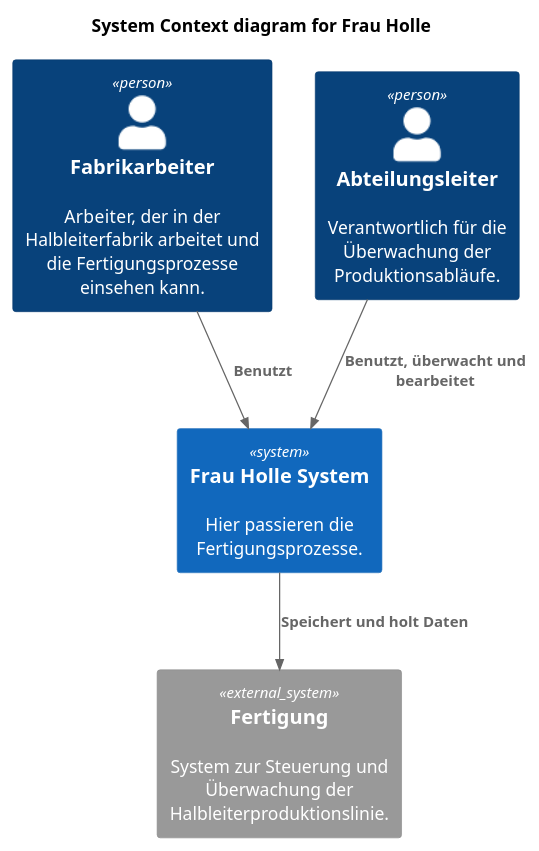
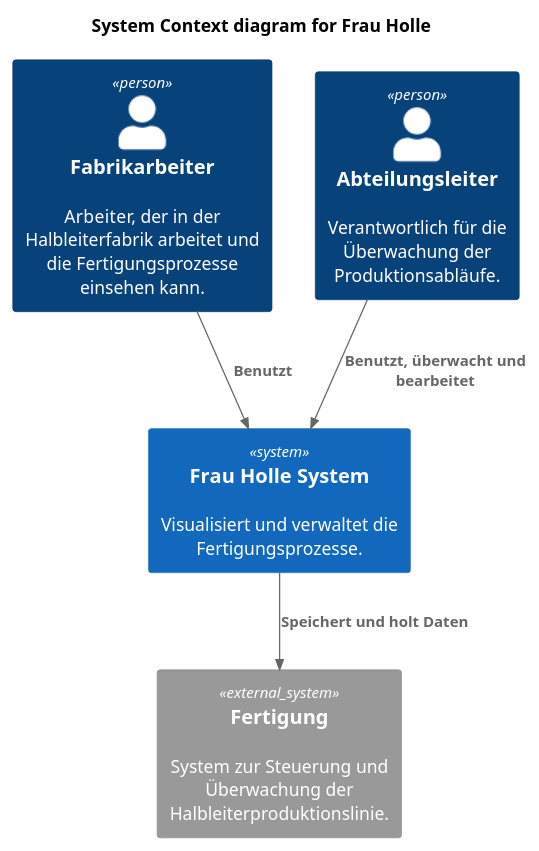
Before and after one commit to RichardSchultz-gh/semiconductor-logistics-automation: the diagram in docs/architecture/plantuml/Frau_Holle_System_Context_C4.puml, drawn with PlantUML. The commit also changed 2 other files, not shown here.

Commit message:
Überarbeitung Architecture Notebook (5.,14.)

```diff
--- a/docs/architecture/plantuml/Frau_Holle_System_Context_C4.puml
+++ b/docs/architecture/plantuml/Frau_Holle_System_Context_C4.puml
@@ -1,20 +1,20 @@
 @startuml Frau_Holle_System_Context_C4
 
 ' C4 Model
 !include https://raw.githubusercontent.com/plantuml-stdlib/C4-PlantUML/master/C4_Context.puml
 
 LAYOUT_TOP_DOWN()
 
 title System Context diagram for Frau Holle
 
 Person(worker, "Fabrikarbeiter", "Arbeiter, der in der Halbleiterfabrik arbeitet und die Fertigungsprozesse einsehen kann.")
 Person(manager, "Abteilungsleiter", "Verantwortlich für die Überwachung der Produktionsabläufe.")
-System(frauHolle, "Frau Holle System", "Hier passieren die Fertigungsprozesse.")
+System(frauHolle, "Frau Holle System", "Visualisiert und verwaltet die Fertigungsprozesse.")
 
 System_Ext(manufacturing, "Fertigung", "System zur Steuerung und Überwachung der Halbleiterproduktionslinie.")
 
 Rel(worker, frauHolle, "Benutzt")
 Rel(manager, frauHolle, "Benutzt, überwacht und bearbeitet")
 Rel(frauHolle, manufacturing, "Speichert und holt Daten")
 
 @enduml
```
